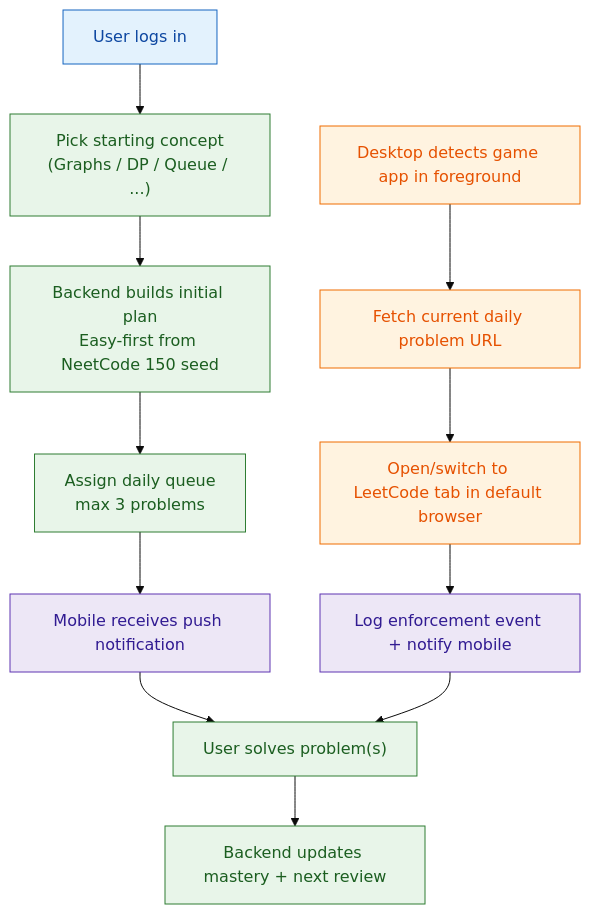
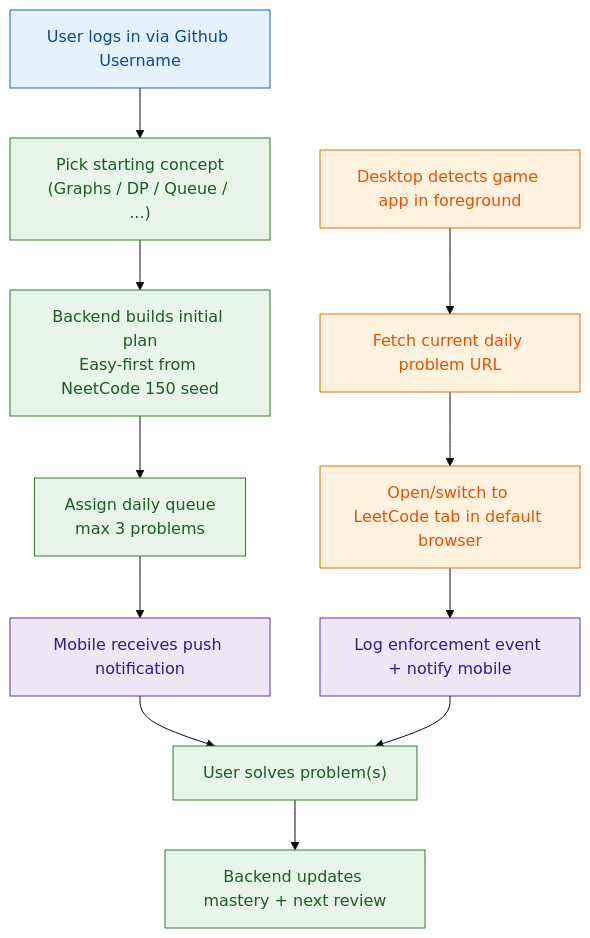
The fourth of 4 diagrams in README.md (joewadk/queue_up), drawn with Mermaid before and after one commit. The commit also changed other lines of this file and 1 other file, not shown here.

````diff
--- a/README.md
+++ b/README.md
@@ -149,28 +148,28 @@
 ```mermaid
 %%{init: {
   "theme": "base",
   "themeCSS": ".nodeLabel,.edgeLabel,.label,text,tspan{paint-order:stroke;stroke:#111;stroke-width:0.5px;stroke-linejoin:round;text-shadow:0.5px 0.5px 1px rgba(0,0,0,0.18);}"
 }}%%
 flowchart TD
-    A["User logs in"] --> B["Pick starting concept<br/>(Graphs / DP / Queue / ...)"]
+    A["User logs in via Github Username"] --> B["Pick starting concept<br/>(Graphs / DP / Queue / ...)"]
     B --> C["Backend builds initial plan<br/>Easy-first from NeetCode 150 seed"]
     C --> D["Assign daily queue<br/>max 3 problems"]
     D --> E["Mobile receives push notification"]
     E --> F["User solves problem(s)"]
     F --> G["Backend updates mastery + next review"]
 
     H["Desktop detects game app in foreground"] --> I["Fetch current daily problem URL"]
     I --> J["Open/switch to LeetCode tab in default browser"]
     J --> K["Log enforcement event + notify mobile"]
     K --> F
 
     classDef start fill:#E3F2FD,stroke:#1565C0,stroke-width:1px,color:#0D47A1;
     classDef learning fill:#E8F5E9,stroke:#2E7D32,stroke-width:1px,color:#1B5E20;
     classDef delivery fill:#EDE7F6,stroke:#5E35B1,stroke-width:1px,color:#311B92;
     classDef enforcement fill:#FFF3E0,stroke:#EF6C00,stroke-width:1px,color:#E65100;
 
     class A start;
     class B,C,D,F,G learning;
     class E,K delivery;
     class H,I,J enforcement;
 ```
````
